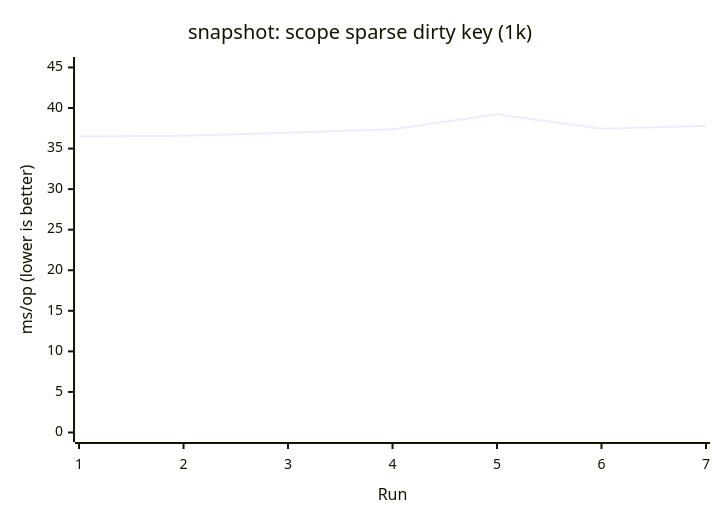
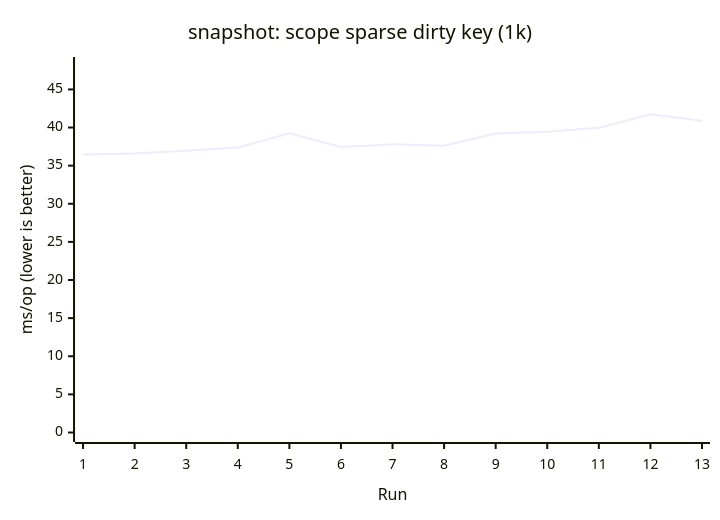
One commit to AIluffy/io changed the fifth of 17 diagrams in apps/docs/src/content/docs/en/guides/benchmark.mdx. Above: the diagram before and after it, drawn with Mermaid. The commit also changed other lines of this file and 11 other files, not shown here.

````diff
--- a/apps/docs/src/content/docs/en/guides/benchmark.mdx
+++ b/apps/docs/src/content/docs/en/guides/benchmark.mdx
@@ -148,7 +235,7 @@
 ```mermaid
 xychart-beta
   title "snapshot: scope sparse dirty key (1k)"
-  x-axis "Run" [1, 2, 3, 4, 5, 6, 7]
-  y-axis "ms/op (lower is better)" 0 --> 45.116
-  line [36.472, 36.5878, 36.9486, 37.3812, 39.2313, 37.435, 37.7992]
+  x-axis "Run" [1, 2, 3, 4, 5, 6, 7, 8, 9, 10, 11, 12, 13]
+  y-axis "ms/op (lower is better)" 0 --> 48.0046
+  line [36.472, 36.5878, 36.9486, 37.3812, 39.2313, 37.435, 37.7992, 37.6167, 39.2233, 39.4452, 39.9555, 41.7431, 40.8896]
 ```
````
